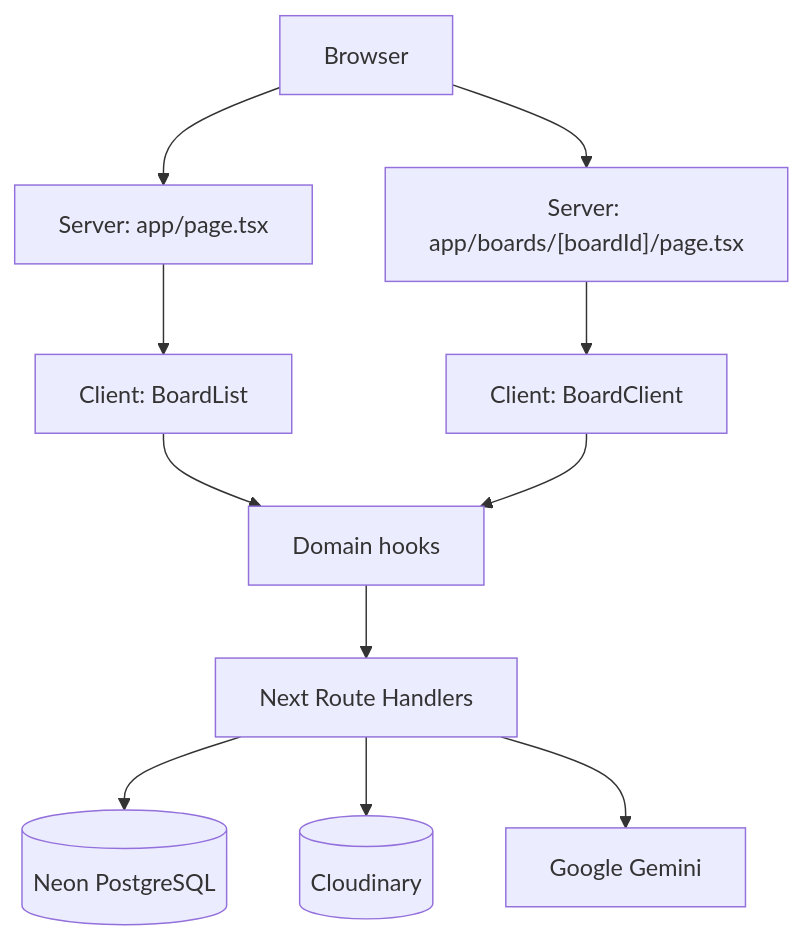
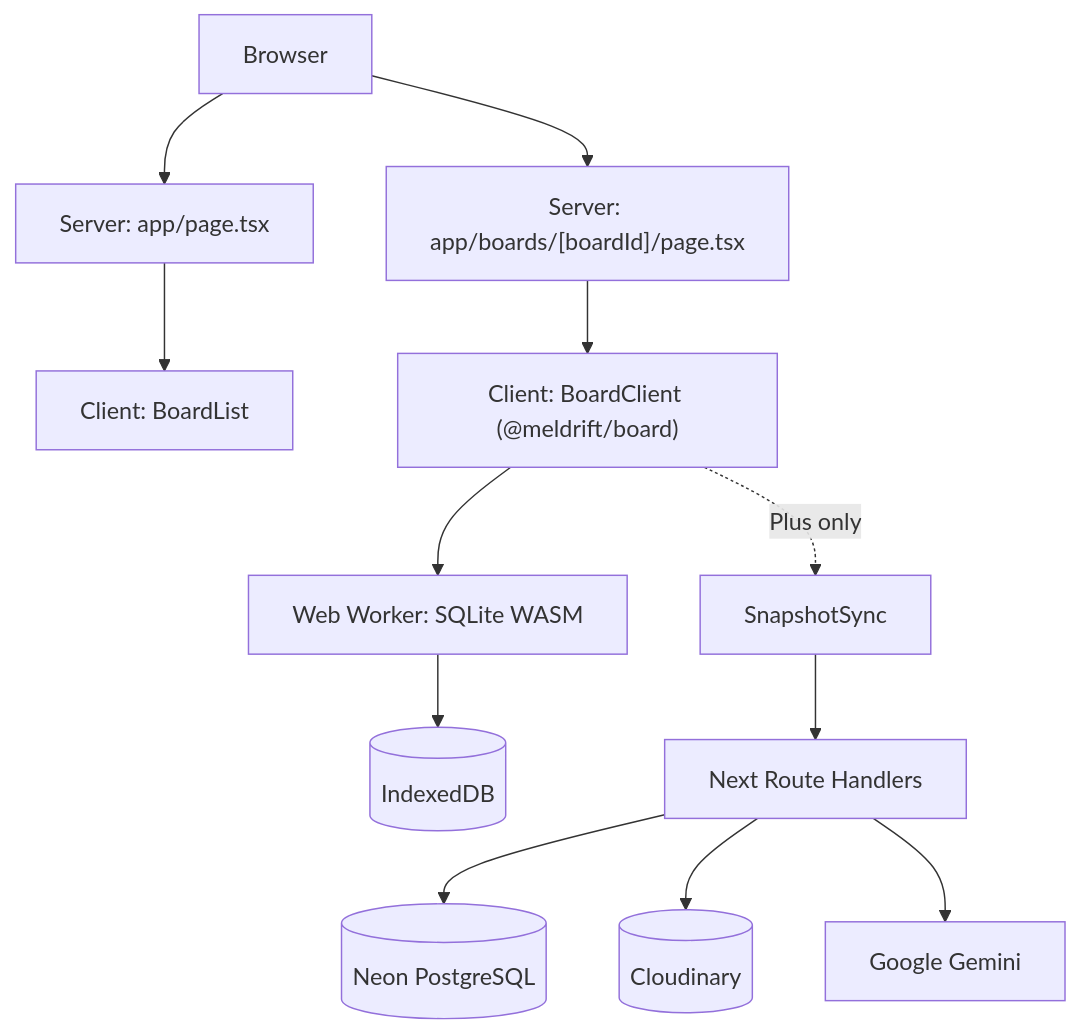
The first of 2 diagrams in docs/meldrift-basic-design.md (Kim-kyuho/Meldrift), drawn with Mermaid before and after one commit. The commit also changed other lines of this file and 104 other files, not shown here.

````diff
--- a/docs/meldrift-basic-design.md
+++ b/docs/meldrift-basic-design.md
@@ -45,21 +45,22 @@
 ```mermaid
 flowchart TD
     Browser[Browser]
     ListPage[Server: app/page.tsx]
     BoardPage["Server: app/boards/[boardId]/page.tsx"]
     BoardList[Client: BoardList]
-    BoardClient[Client: BoardClient]
-    Hooks[Domain hooks]
+    BoardClient["Client: BoardClient (@meldrift/board)"]
+    Worker[Web Worker: SQLite WASM]
+    IDB[(IndexedDB)]
+    Sync[SnapshotSync]
     API[Next Route Handlers]
     DB[(Neon PostgreSQL)]
     Cloud[(Cloudinary)]
     Gemini[Google Gemini]
 
     Browser --> ListPage --> BoardList
     Browser --> BoardPage --> BoardClient
-    BoardList --> Hooks
-    BoardClient --> Hooks
-    Hooks --> API --> DB
+    BoardClient --> Worker --> IDB
+    BoardClient -. Plus only .-> Sync --> API --> DB
     API --> Cloud
     API --> Gemini
 ```
````
